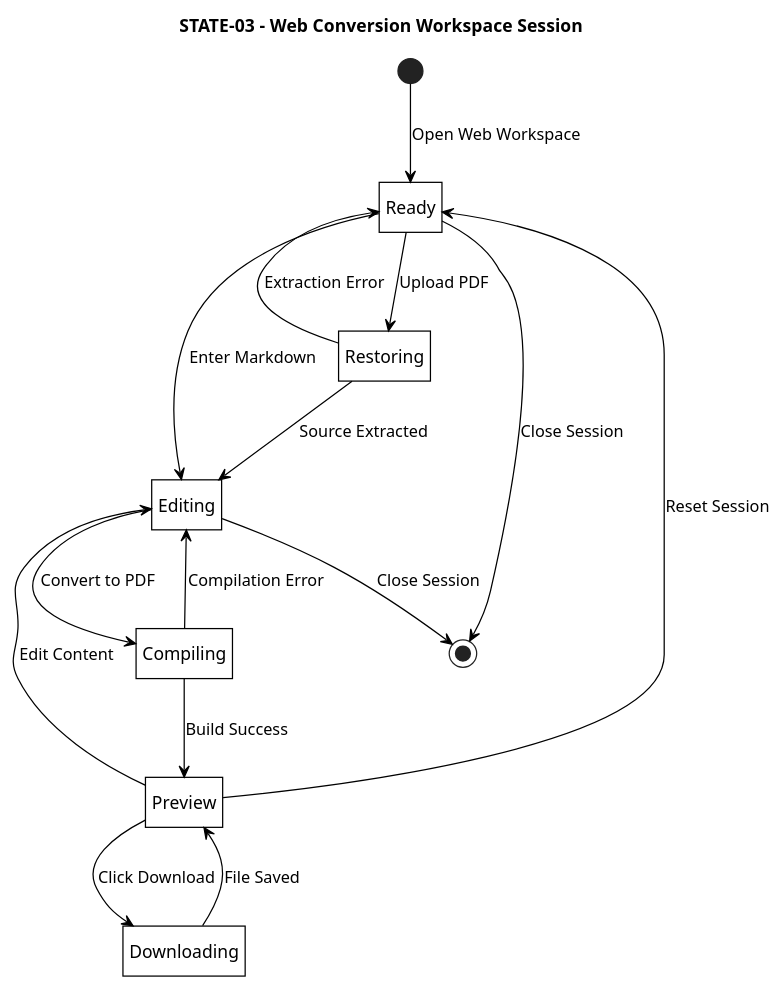
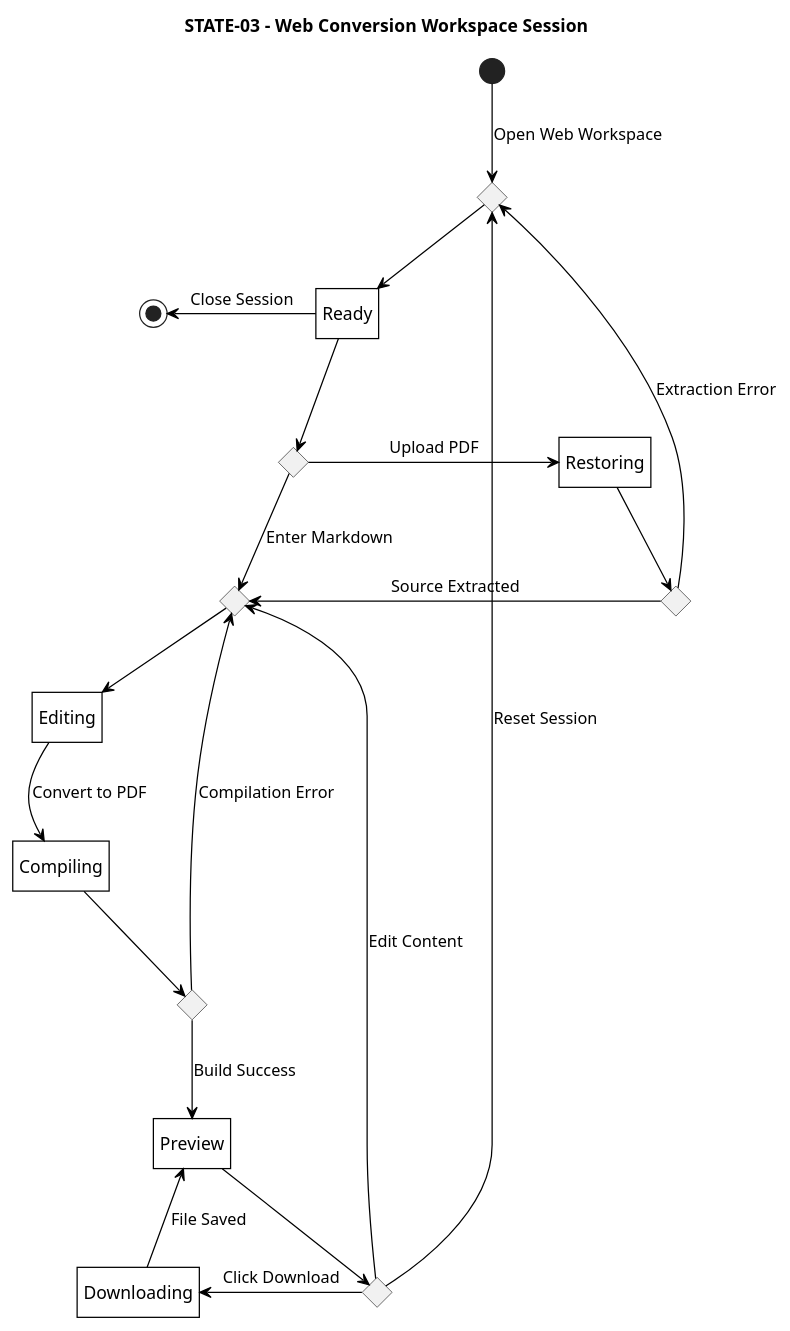
One commit to Litho-MD/uet-fyp-docs changed the diagram in diagrams/puml/state-machine/03-web-conversion-session.puml. Above: the diagram before and after it, drawn with PlantUML. The commit also changed 17 other files, not shown here.

Commit message:
feat(diagrams): update state machine diagrams with diamond loops, clean exits, and monochrome styling

```diff
--- a/diagrams/puml/state-machine/03-web-conversion-session.puml
+++ b/diagrams/puml/state-machine/03-web-conversion-session.puml
@@ -1,41 +1,54 @@
 @startuml STATE-03-web-conversion-session
 title STATE-03 - Web Conversion Workspace Session
 
 hide empty description
 
 skinparam monochrome true
 skinparam backgroundColor white
 skinparam shadowing false
 skinparam defaultTextAlignment center
 skinparam roundCorner 0
 skinparam ArrowColor black
 skinparam defaultFontColor black
 skinparam stateBorderThickness 1
 skinparam state {
     BackgroundColor white
     BorderColor black
     FontColor black
 }
 
-[*] --> Ready : Open Web Workspace
+state c_ready_in <<choice>>
+state c_edit_in <<choice>>
 
-Ready --> Editing : Enter Markdown
-Ready --> Restoring : Upload PDF
+[*] -down-> c_ready_in : Open Web Workspace
+c_ready_in -down-> Ready
 
-Restoring --> Editing : Source Extracted
-Restoring --> Ready : Extraction Error
+state c_action <<choice>>
+Ready -down-> c_action
 
-Editing --> Compiling : Convert to PDF
-Compiling --> Editing : Compilation Error
-Compiling --> Preview : Build Success
+c_action -down-> c_edit_in : Enter Markdown
+c_action -right-> Restoring : Upload PDF
 
-Preview --> Downloading : Click Download
-Downloading --> Preview : File Saved
+state c_restore <<choice>>
+Restoring -down-> c_restore
+c_restore -left-> c_edit_in : Source Extracted
+c_restore -up-> c_ready_in : Extraction Error
 
-Preview --> Editing : Edit Content
-Preview --> Ready : Reset Session
+c_edit_in -down-> Editing
+Editing -down-> Compiling : Convert to PDF
 
-Ready --> [*] : Close Session
-Editing --> [*] : Close Session
+state c_compile <<choice>>
+Compiling -down-> c_compile
+c_compile -left-> c_edit_in : Compilation Error
+c_compile -down-> Preview : Build Success
+
+state c_preview <<choice>>
+Preview -down-> c_preview
+c_preview -left-> Downloading : Click Download
+Downloading -up-> Preview : File Saved
+c_preview -up-> c_edit_in : Edit Content
+c_preview -up-> c_ready_in : Reset Session
+
+Ready -left-> [*] : Close Session
 
 @enduml
```
